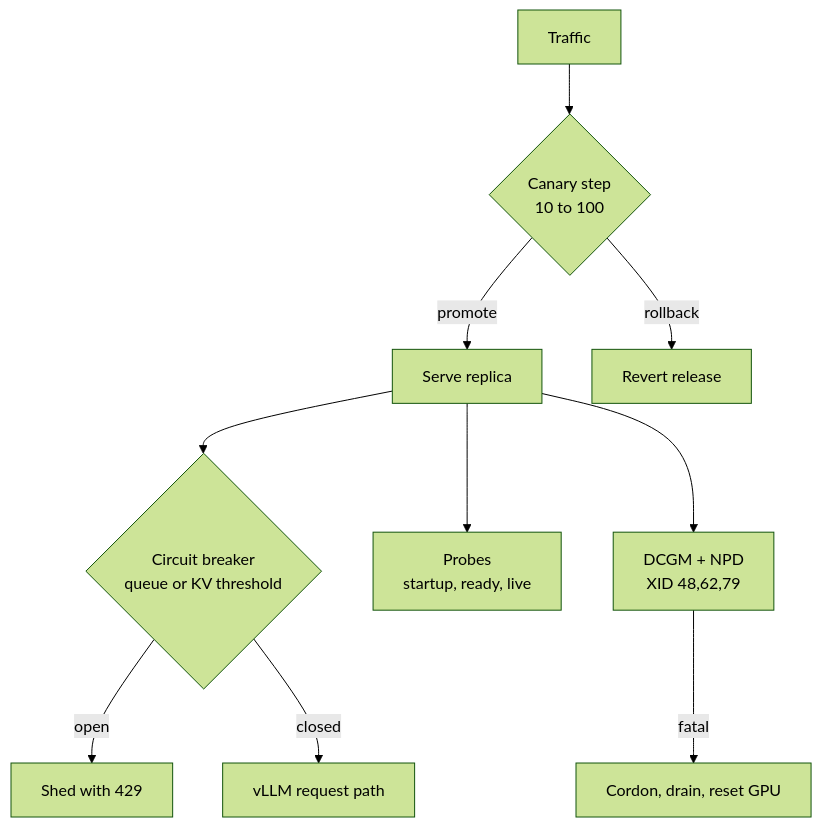
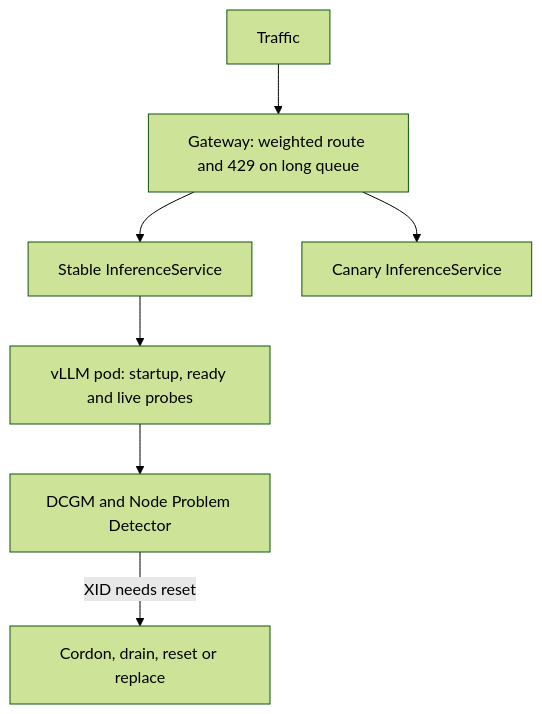
The second of 2 diagrams in docs/part-19-capstone/03-capstone-inference-on-gke-with-vllm-triton-tensorrt-llm-nim-and-kserve.md (jithinpnjm/ai-infra-handbook), drawn with Mermaid (forest theme) before and after one commit. The commit also changed other lines of this file and 263 other files, not shown here.

````diff
--- a/docs/part-19-capstone/03-capstone-inference-on-gke-with-vllm-triton-tensorrt-llm-nim-and-kserve.md
+++ b/docs/part-19-capstone/03-capstone-inference-on-gke-with-vllm-triton-tensorrt-llm-nim-and-kserve.md
@@ -240,12 +652,9 @@
 ```mermaid
 flowchart TB
-    T["Traffic"] --> C{"Canary step<br/>10 to 100"}
-    C -->|promote| S["Serve replica"]
-    C -->|rollback| R["Revert release"]
-    S --> B{"Circuit breaker<br/>queue or KV threshold"}
-    B -->|open| D["Shed with 429"]
-    B -->|closed| P["vLLM request path"]
-    S --> H["Probes<br/>startup, ready, live"]
-    S --> G["DCGM + NPD<br/>XID 48,62,79"]
-    G -->|fatal| N["Cordon, drain, reset GPU"]
+    T["Traffic"] --> GW["Gateway: weighted route and 429 on long queue"]
+    GW --> A["Stable InferenceService"]
+    GW --> B["Canary InferenceService"]
+    A --> E["vLLM pod: startup, ready and live probes"]
+    E --> D["DCGM and Node Problem Detector"]
+    D -->|"XID needs reset"| N["Cordon, drain, reset or replace"]
 ```
````
